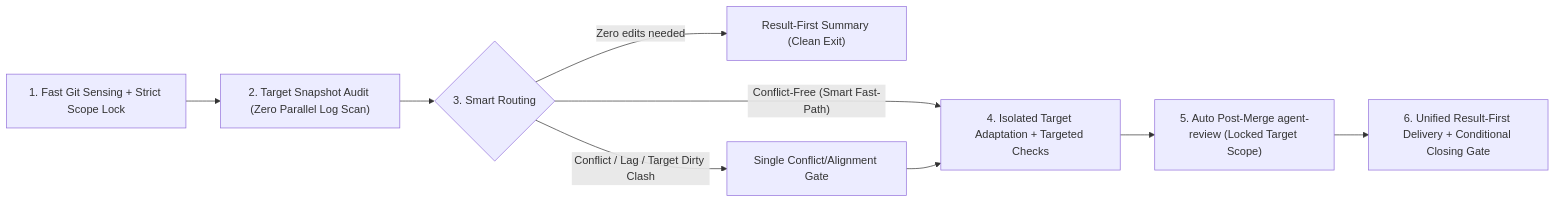
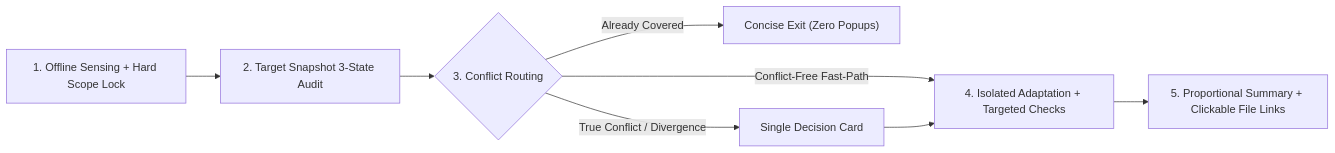
One commit to lastxuanain/ainward-skills changed the diagram in skills/code-sync/README.md. Above: the diagram before and after it, drawn with Mermaid. The commit also changed other lines of this file and 25 other files, not shown here.

````diff
--- a/skills/code-sync/README.md
+++ b/skills/code-sync/README.md
@@ -30,11 +17,10 @@
 ```mermaid
 flowchart LR
-    A["1. Fast Git Sensing + Strict Scope Lock"] --> B["2. Target Snapshot Audit (Zero Parallel Log Scan)"]
-    B --> C{"3. Smart Routing"}
-    C -- "Zero edits needed" --> Z["Result-First Summary (Clean Exit)"]
-    C -- "Conflict / Lag / Target Dirty Clash" --> D["Single Conflict/Alignment Gate"]
-    C -- "Conflict-Free (Smart Fast-Path)" --> E["4. Isolated Target Adaptation + Targeted Checks"]
+    A["1. Offline Sensing + Hard Scope Lock"] --> B["2. Target Snapshot 3-State Audit"]
+    B --> C{"3. Conflict Routing"}
+    C -- "Already Covered" --> Z["Concise Exit (Zero Popups)"]
+    C -- "True Conflict / Divergence" --> D["Single Decision Card"]
+    C -- "Conflict-Free Fast-Path" --> E["4. Isolated Adaptation + Targeted Checks"]
     D --> E
-    E --> F["5. Auto Post-Merge agent-review (Locked Target Scope)"]
-    F --> G["6. Unified Result-First Delivery + Conditional Closing Gate"]
+    E --> F["5. Proportional Summary + Clickable File Links"]
 ```
````
